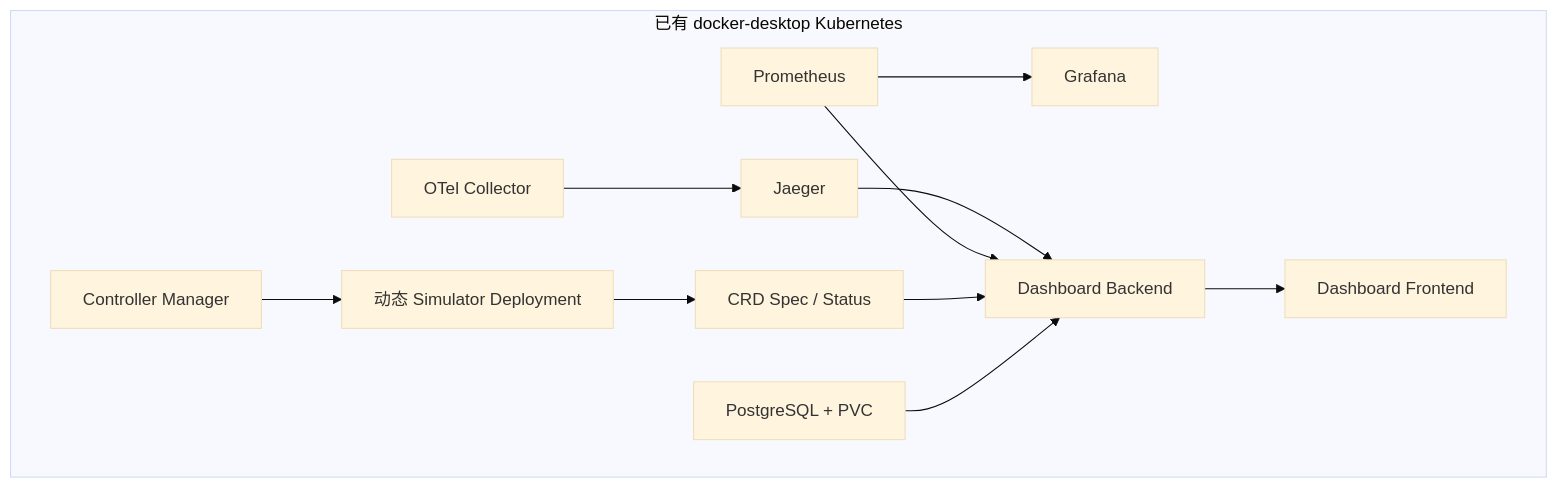
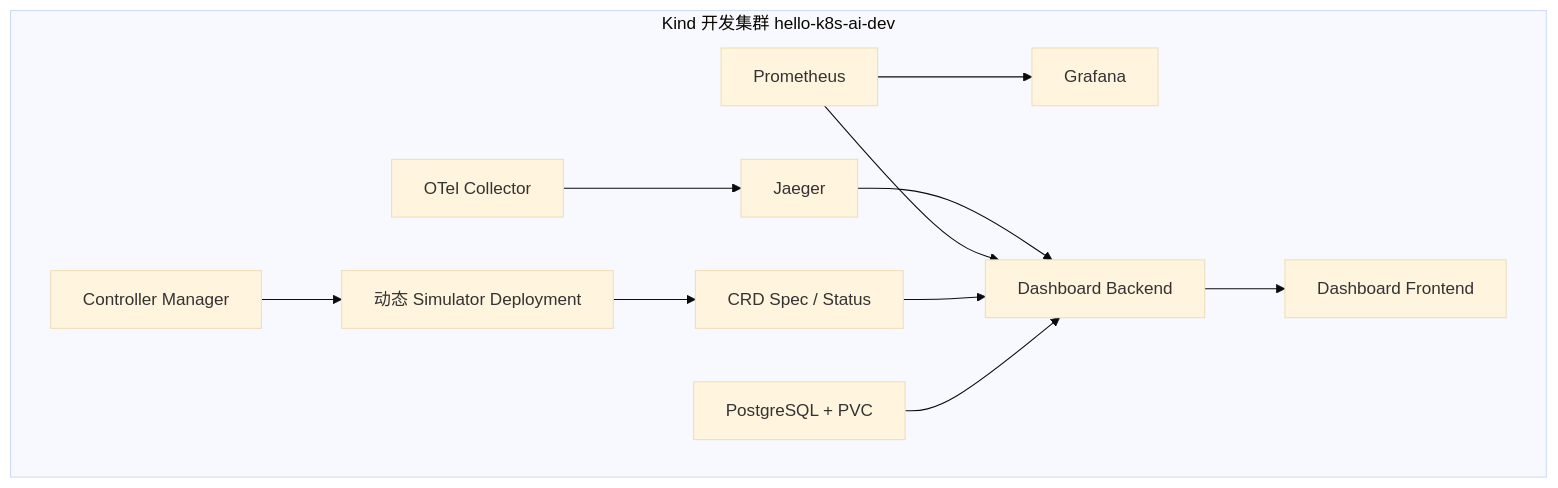
The diagram in docs/getting-started/DEPLOYMENT.md (3900563672/hello-k8s-ai), drawn with Mermaid (base theme) before and after one commit. The commit also changed other lines of this file and 1 other file, not shown here.

First line of the commit message:
docs: 部署架构与排障文档同步 Kind 开发底座（Ref #50）

````diff
--- a/docs/getting-started/DEPLOYMENT.md
+++ b/docs/getting-started/DEPLOYMENT.md
@@ -21,14 +21,14 @@
 ```mermaid
 flowchart TB
-  subgraph DD["已有 docker-desktop Kubernetes"]
+  subgraph DD["Kind 开发集群 hello-k8s-ai-dev"]
     C["Controller Manager"] --> S["动态 Simulator Deployment"]
     S --> K["CRD Spec / Status"]
     O["OTel Collector"] --> J["Jaeger"]
     P["Prometheus"] --> G["Grafana"]
     PG["PostgreSQL + PVC"] --> B["Dashboard Backend"]
     K --> B
     P --> B
     J --> B
     B --> F["Dashboard Frontend"]
   end
 ```
````
